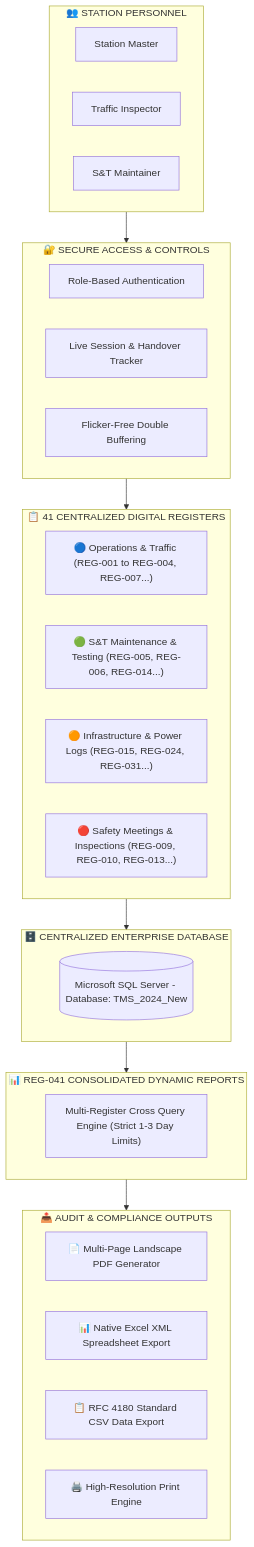
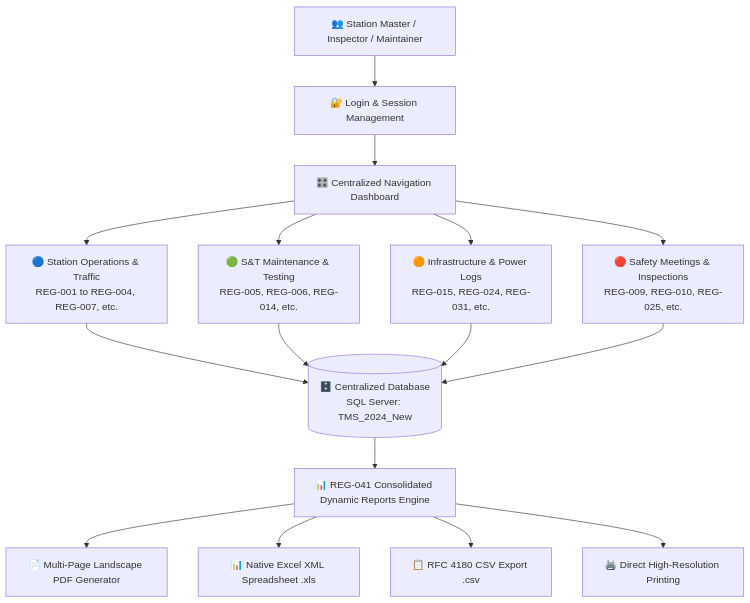
The diagram in README.md (VamshiKrishnaSiribommala/Mern_workshop), drawn with Mermaid before and after one commit. The commit also changed other lines of this file, not shown here.

````diff
--- a/README.md
+++ b/README.md
@@ -83,42 +72,19 @@
 ```mermaid
 graph TD
-    subgraph StationStaff ["👥 STATION PERSONNEL"]
-        U1["Station Master"]
-        U2["Traffic Inspector"]
-        U3["S&T Maintainer"]
-    end
-
-    subgraph SecurityLayer ["🔐 SECURE ACCESS & CONTROLS"]
-        S1["Role-Based Authentication"]
-        S2["Live Session & Handover Tracker"]
-        S3["Flicker-Free Double Buffering"]
-    end
-
-    subgraph OperationalRegisters ["📋 41 CENTRALIZED DIGITAL REGISTERS"]
-        R1["🔵 Operations & Traffic (REG-001 to REG-004, REG-007...)"]
-        R2["🟢 S&T Maintenance & Testing (REG-005, REG-006, REG-014...)"]
-        R3["🟠 Infrastructure & Power Logs (REG-015, REG-024, REG-031...)"]
-        R4["🔴 Safety Meetings & Inspections (REG-009, REG-010, REG-013...)"]
-    end
-
-    subgraph DatabaseLayer ["🗄️ CENTRALIZED ENTERPRISE DATABASE"]
-        DB[("Microsoft SQL Server - Database: TMS_2024_New")]
-    end
-
-    subgraph ReportingEngine ["📊 REG-041 CONSOLIDATED DYNAMIC REPORTS"]
-        REP["Multi-Register Cross Query Engine (Strict 1-3 Day Limits)"]
-    end
-
-    subgraph ExportOutputs ["📤 AUDIT & COMPLIANCE OUTPUTS"]
-        E1["📄 Multi-Page Landscape PDF Generator"]
-        E2["📊 Native Excel XML Spreadsheet Export"]
-        E3["📋 RFC 4180 Standard CSV Data Export"]
-        E4["🖨️ High-Resolution Print Engine"]
-    end
-
-    StationStaff --> SecurityLayer
-    SecurityLayer --> OperationalRegisters
-    OperationalRegisters --> DatabaseLayer
-    DatabaseLayer --> ReportingEngine
-    ReportingEngine --> ExportOutputs
+    A[👥 Station Master / Inspector / Maintainer] --> B[🔐 Login & Session Management]
+    B --> C[🎛️ Centralized Navigation Dashboard]
+    
+    C --> D1[🔵 Station Operations & Traffic\nREG-001 to REG-004, REG-007, etc.]
+    C --> D2[🟢 S&T Maintenance & Testing\nREG-005, REG-006, REG-014, etc.]
+    C --> D3[🟠 Infrastructure & Power Logs\nREG-015, REG-024, REG-031, etc.]
+    C --> D4[🔴 Safety Meetings & Inspections\nREG-009, REG-010, REG-025, etc.]
+    
+    D1 & D2 & D3 & D4 --> E[(🗄️ Centralized Database\nSQL Server: TMS_2024_New)]
+    
+    E --> F[📊 REG-041 Consolidated Dynamic Reports Engine]
+    
+    F --> G1[📄 Multi-Page Landscape PDF Generator]
+    F --> G2[📊 Native Excel XML Spreadsheet .xls]
+    F --> G3[📋 RFC 4180 CSV Export .csv]
+    F --> G4[🖨️ Direct High-Resolution Printing]
 ```
````
